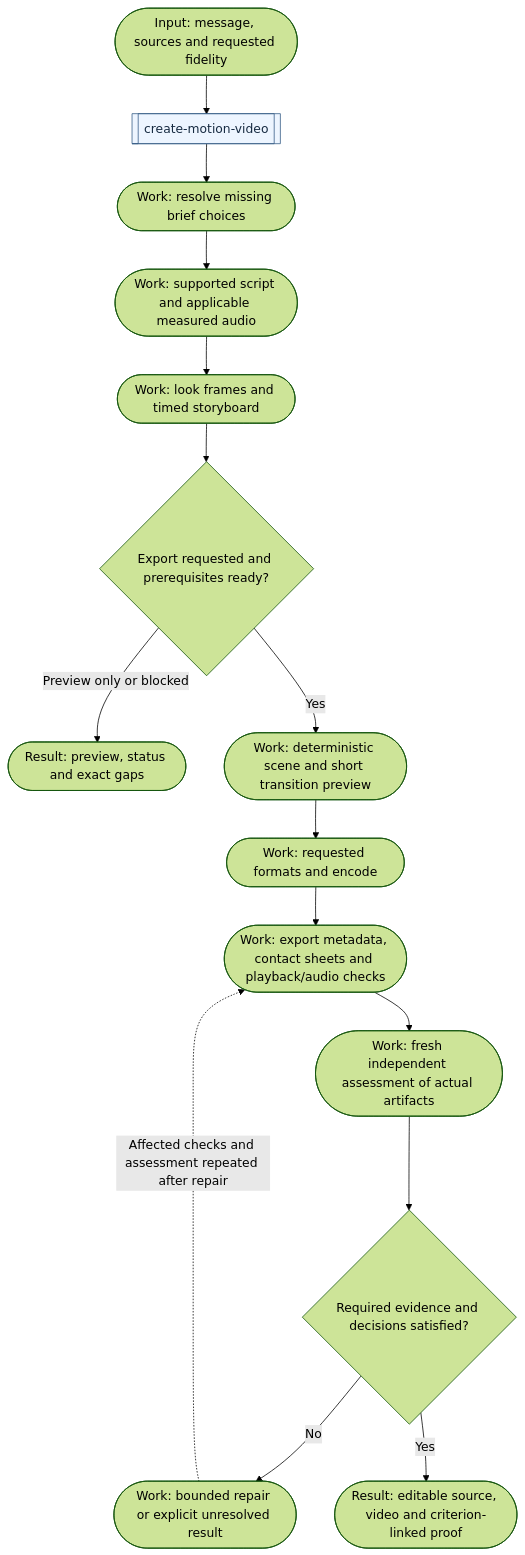
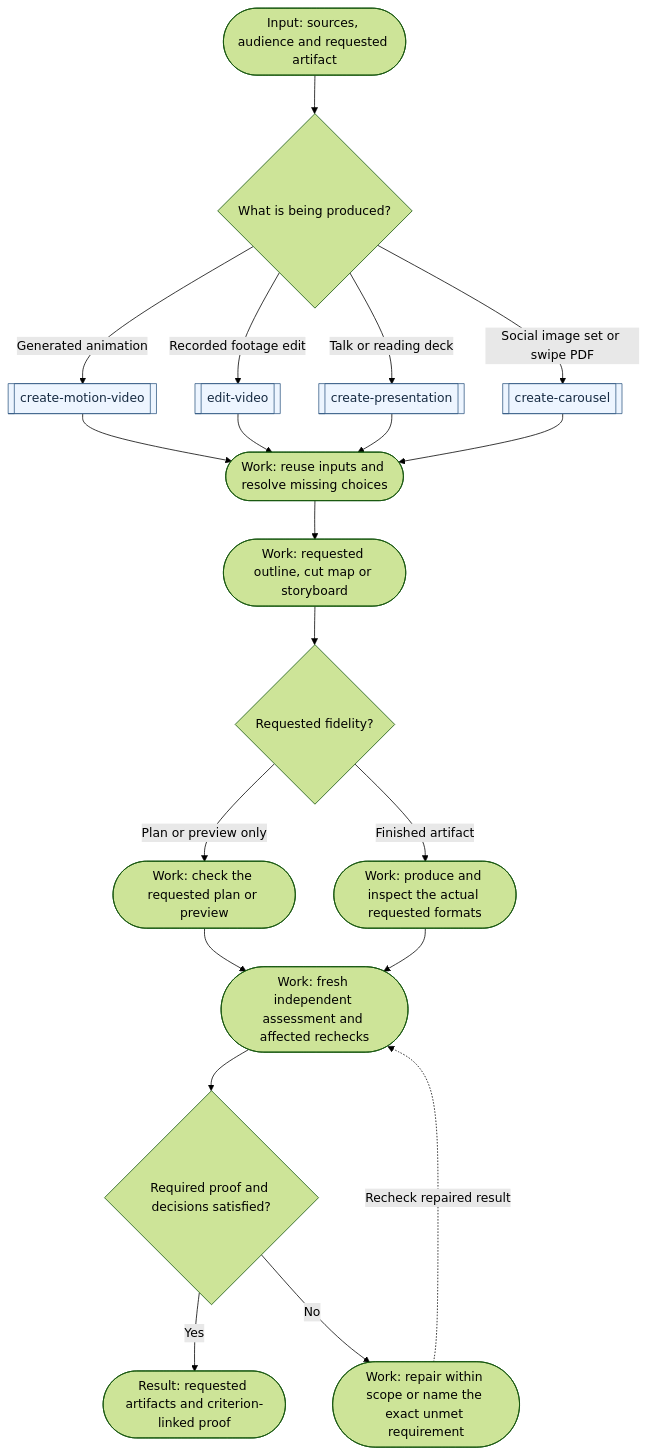
The sixth of 9 diagrams in docs/workflows.md (bobalazek/skills), drawn with Mermaid (forest theme) before and after one commit. The commit also changed other lines of this file and 20 other files, not shown here.

````diff
--- a/docs/workflows.md
+++ b/docs/workflows.md
@@ -274,19 +283,24 @@
 ```mermaid
 flowchart TD
-  Request(["Input: message, sources and requested fidelity"]) --> Video[["create-motion-video"]]
-  Video --> Brief(["Work: resolve missing brief choices"])
-  Brief --> Script(["Work: supported script and applicable measured audio"])
-  Script --> Boards(["Work: look frames and timed storyboard"])
-  Boards --> Scope{"Export requested and prerequisites ready?"}
-  Scope -->|Preview only or blocked| Preview(["Result: preview, status and exact gaps"])
-  Scope -->|Yes| Segment(["Work: deterministic scene and short transition preview"])
-  Segment --> Export(["Work: requested formats and encode"])
-  Export --> Check(["Work: export metadata, contact sheets and playback/audio checks"])
-  Check --> Assess(["Work: fresh independent assessment of actual artifacts"])
-  Assess --> Pass{"Required evidence and decisions satisfied?"}
-  Pass -->|No| Repair(["Work: bounded repair or explicit unresolved result"])
-  Repair -. "Affected checks and assessment repeated after repair" .-> Check
-  Pass -->|Yes| Done(["Result: editable source, video and criterion-linked proof"])
+  Request(["Input: sources, audience and requested artifact"]) --> Kind{"What is being produced?"}
+  Kind -->|Generated animation| Motion[["create-motion-video"]]
+  Kind -->|Recorded footage edit| Edit[["edit-video"]]
+  Kind -->|Talk or reading deck| Deck[["create-presentation"]]
+  Kind -->|Social image set or swipe PDF| Carousel[["create-carousel"]]
+  Motion --> Brief(["Work: reuse inputs and resolve missing choices"])
+  Edit --> Brief
+  Deck --> Brief
+  Carousel --> Brief
+  Brief --> Plan(["Work: requested outline, cut map or storyboard"])
+  Plan --> Scope{"Requested fidelity?"}
+  Scope -->|Plan or preview only| Preview(["Work: check the requested plan or preview"])
+  Scope -->|Finished artifact| Build(["Work: produce and inspect the actual requested formats"])
+  Preview --> Assess(["Work: fresh independent assessment and affected rechecks"])
+  Build --> Assess
+  Assess --> Pass{"Required proof and decisions satisfied?"}
+  Pass -->|Yes| Done(["Result: requested artifacts and criterion-linked proof"])
+  Pass -->|No| Gap(["Work: repair within scope or name the exact unmet requirement"])
+  Gap -. "Recheck repaired result" .-> Assess
   classDef skill fill:#edf5ff,stroke:#355b85,color:#172b42;
-  class Video skill;
+  class Motion,Edit,Deck,Carousel skill;
 ```
````
